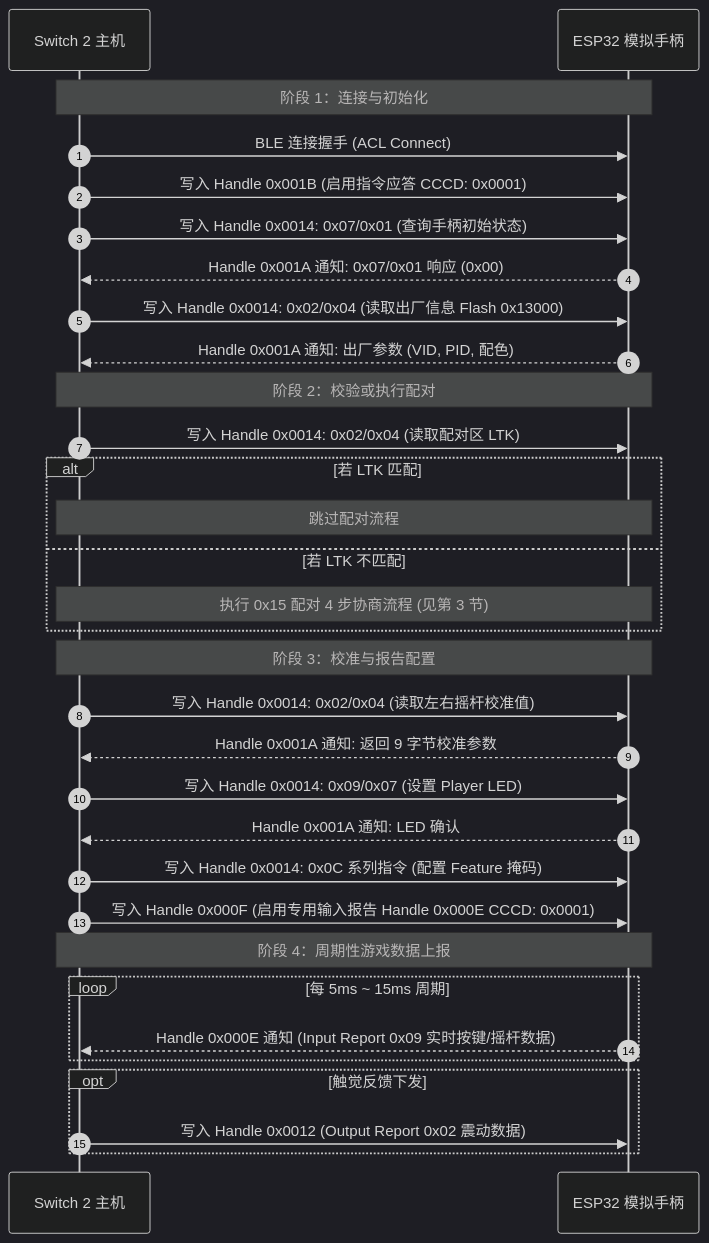
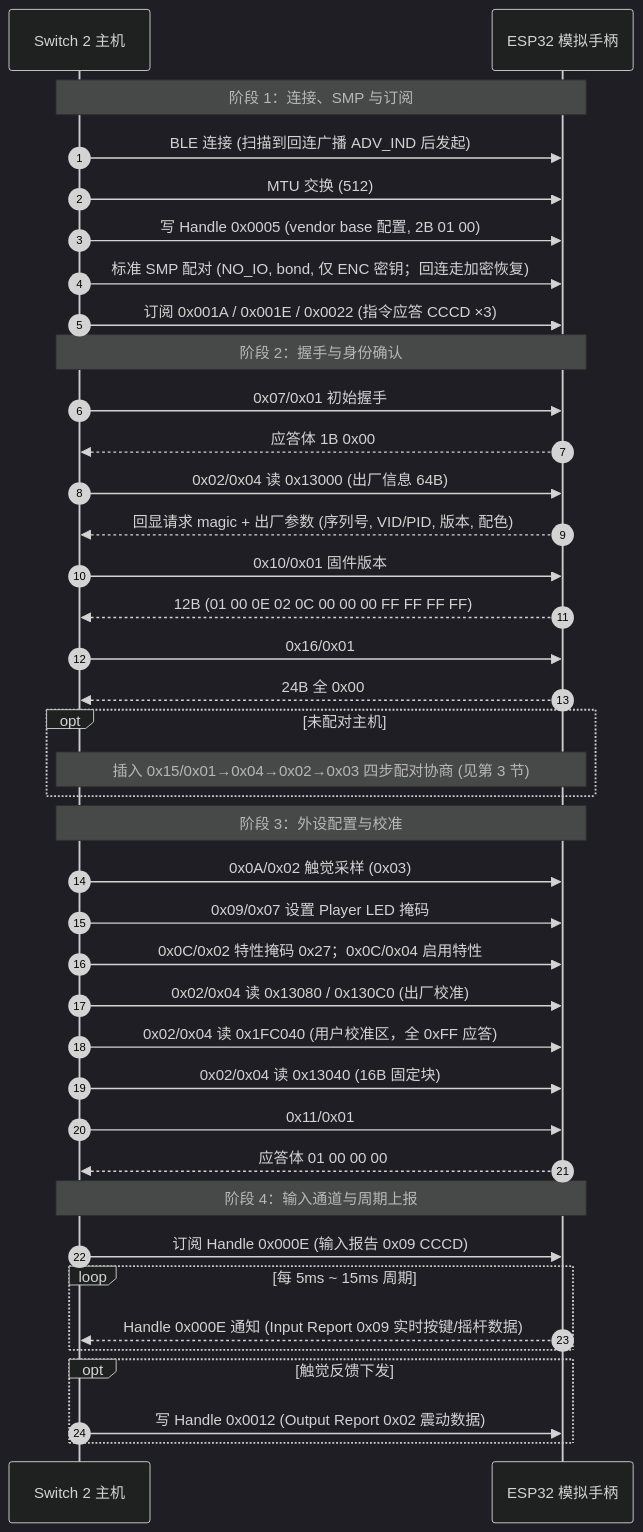
One commit to slime7/remapad changed the fourth of 4 diagrams in docs/controller.md. Above: the diagram before and after it, drawn with Mermaid (dark theme). The commit also changed other lines of this file and 10 other files, not shown here.

````diff
--- a/docs/controller.md
+++ b/docs/controller.md
@@ -638,39 +644,46 @@
 ```mermaid
 sequenceDiagram
     autonumber
     participant Host as Switch 2 主机
     participant ESP as ESP32 模拟手柄
 
-    Note over Host,ESP: 阶段 1：连接与初始化
-    Host->>ESP: BLE 连接握手 (ACL Connect)
-    Host->>ESP: 写入 Handle 0x001B (启用指令应答 CCCD: 0x0001)
-    Host->>ESP: 写入 Handle 0x0014: 0x07/0x01 (查询手柄初始状态)
-    ESP-->>Host: Handle 0x001A 通知: 0x07/0x01 响应 (0x00)
-    Host->>ESP: 写入 Handle 0x0014: 0x02/0x04 (读取出厂信息 Flash 0x13000)
-    ESP-->>Host: Handle 0x001A 通知: 出厂参数 (VID, PID, 配色)
+    Note over Host,ESP: 阶段 1：连接、SMP 与订阅
+    Host->>ESP: BLE 连接 (扫描到回连广播 ADV_IND 后发起)
+    Host->>ESP: MTU 交换 (512)
+    Host->>ESP: 写 Handle 0x0005 (vendor base 配置, 2B 01 00)
+    Host->>ESP: 标准 SMP 配对 (NO_IO, bond, 仅 ENC 密钥；回连走加密恢复)
+    Host->>ESP: 订阅 0x001A / 0x001E / 0x0022 (指令应答 CCCD ×3)
 
-    Note over Host,ESP: 阶段 2：校验或执行配对
-    Host->>ESP: 写入 Handle 0x0014: 0x02/0x04 (读取配对区 LTK)
-    alt 若 LTK 匹配
-        Note over Host,ESP: 跳过配对流程
-    else 若 LTK 不匹配
-        Note over Host,ESP: 执行 0x15 配对 4 步协商流程 (见第 3 节)
+    Note over Host,ESP: 阶段 2：握手与身份确认
+    Host->>ESP: 0x07/0x01 初始握手
+    ESP-->>Host: 应答体 1B 0x00
+    Host->>ESP: 0x02/0x04 读 0x13000 (出厂信息 64B)
+    ESP-->>Host: 回显请求 magic + 出厂参数 (序列号, VID/PID, 版本, 配色)
+    Host->>ESP: 0x10/0x01 固件版本
+    ESP-->>Host: 12B (01 00 0E 02 0C 00 00 00 FF FF FF FF)
+    Host->>ESP: 0x16/0x01
+    ESP-->>Host: 24B 全 0x00
+    opt 未配对主机
+        Note over Host,ESP: 插入 0x15/0x01→0x04→0x02→0x03 四步配对协商 (见第 3 节)
     end
 
-    Note over Host,ESP: 阶段 3：校准与报告配置
-    Host->>ESP: 写入 Handle 0x0014: 0x02/0x04 (读取左右摇杆校准值)
-    ESP-->>Host: Handle 0x001A 通知: 返回 9 字节校准参数
-    Host->>ESP: 写入 Handle 0x0014: 0x09/0x07 (设置 Player LED)
-    ESP-->>Host: Handle 0x001A 通知: LED 确认
-    Host->>ESP: 写入 Handle 0x0014: 0x0C 系列指令 (配置 Feature 掩码)
-    Host->>ESP: 写入 Handle 0x000F (启用专用输入报告 Handle 0x000E CCCD: 0x0001)
+    Note over Host,ESP: 阶段 3：外设配置与校准
+    Host->>ESP: 0x0A/0x02 触觉采样 (0x03)
+    Host->>ESP: 0x09/0x07 设置 Player LED 掩码
+    Host->>ESP: 0x0C/0x02 特性掩码 0x27；0x0C/0x04 启用特性
+    Host->>ESP: 0x02/0x04 读 0x13080 / 0x130C0 (出厂校准)
+    Host->>ESP: 0x02/0x04 读 0x1FC040 (用户校准区，全 0xFF 应答)
+    Host->>ESP: 0x02/0x04 读 0x13040 (16B 固定块)
+    Host->>ESP: 0x11/0x01
+    ESP-->>Host: 应答体 01 00 00 00
 
-    Note over Host,ESP: 阶段 4：周期性游戏数据上报
+    Note over Host,ESP: 阶段 4：输入通道与周期上报
+    Host->>ESP: 订阅 Handle 0x000E (输入报告 0x09 CCCD)
     loop 每 5ms ~ 15ms 周期
         ESP-->>Host: Handle 0x000E 通知 (Input Report 0x09 实时按键/摇杆数据)
     end
 
     opt 触觉反馈下发
-        Host->>ESP: 写入 Handle 0x0012 (Output Report 0x02 震动数据)
+        Host->>ESP: 写 Handle 0x0012 (Output Report 0x02 震动数据)
     end
 ```
````
